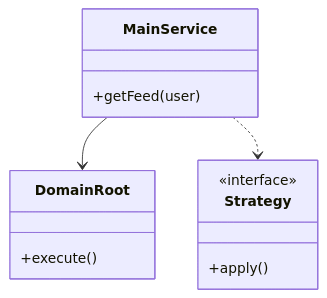
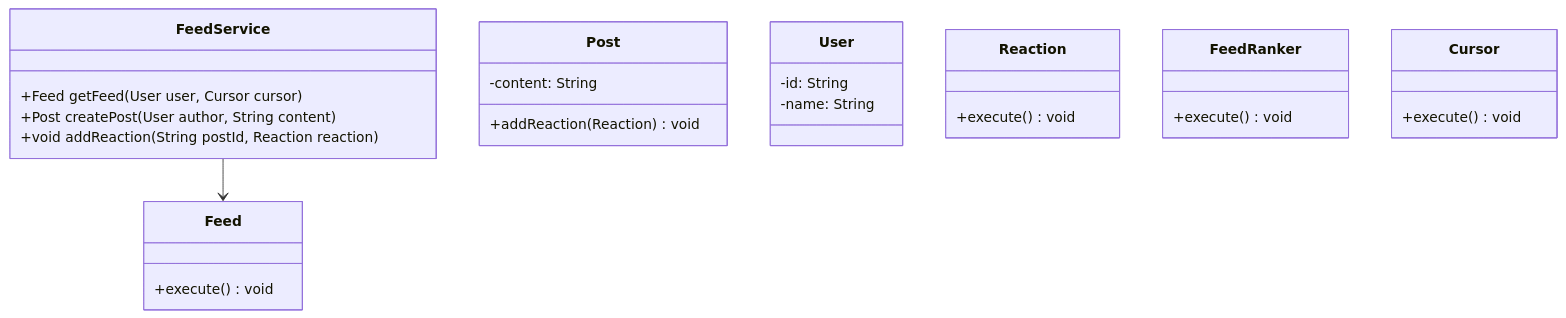
Before and after one commit to madhupaila/Interview-Prep-SSE: the first of 3 diagrams in Learn/System Design - Low Level Design/02-classic-ood/questions/Q43-news-feed-object-model.md, drawn with Mermaid. The commit also changed other lines of this file and 491 other files, not shown here.

````diff
--- a/Learn/System Design - Low Level Design/02-classic-ood/questions/Q43-news-feed-object-model.md
+++ b/Learn/System Design - Low Level Design/02-classic-ood/questions/Q43-news-feed-object-model.md
@@ -75,15 +94,29 @@
 ```mermaid
 classDiagram
-    class MainService {
-        +getFeed(user)
+    class FeedService {
+        +Feed getFeed(User user, Cursor cursor)
+        +Post createPost(User author, String content)
+        +void addReaction(String postId, Reaction reaction)
     }
-    class DomainRoot {
-        +execute()
+    class Feed {
+        +execute() void
     }
-    class Strategy {
-        <<interface>>
-        +apply()
+    class Post {
+        -content: String
+        +addReaction(Reaction) void
     }
-    MainService --> DomainRoot
-    MainService ..> Strategy
+    class User {
+        -id: String
+        -name: String
+    }
+    class Reaction {
+        +execute() void
+    }
+    class FeedRanker {
+        +execute() void
+    }
+    class Cursor {
+        +execute() void
+    }
+    FeedService --> Feed
 ```
````
